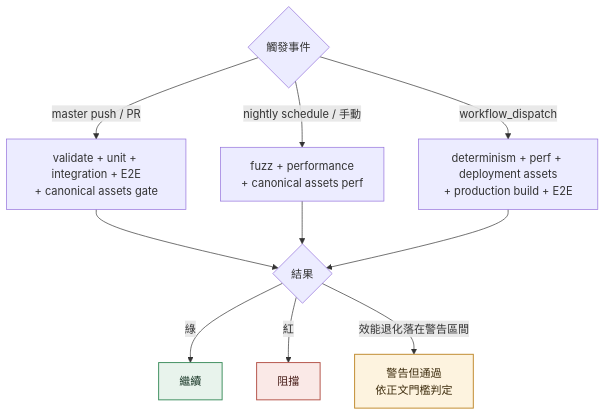
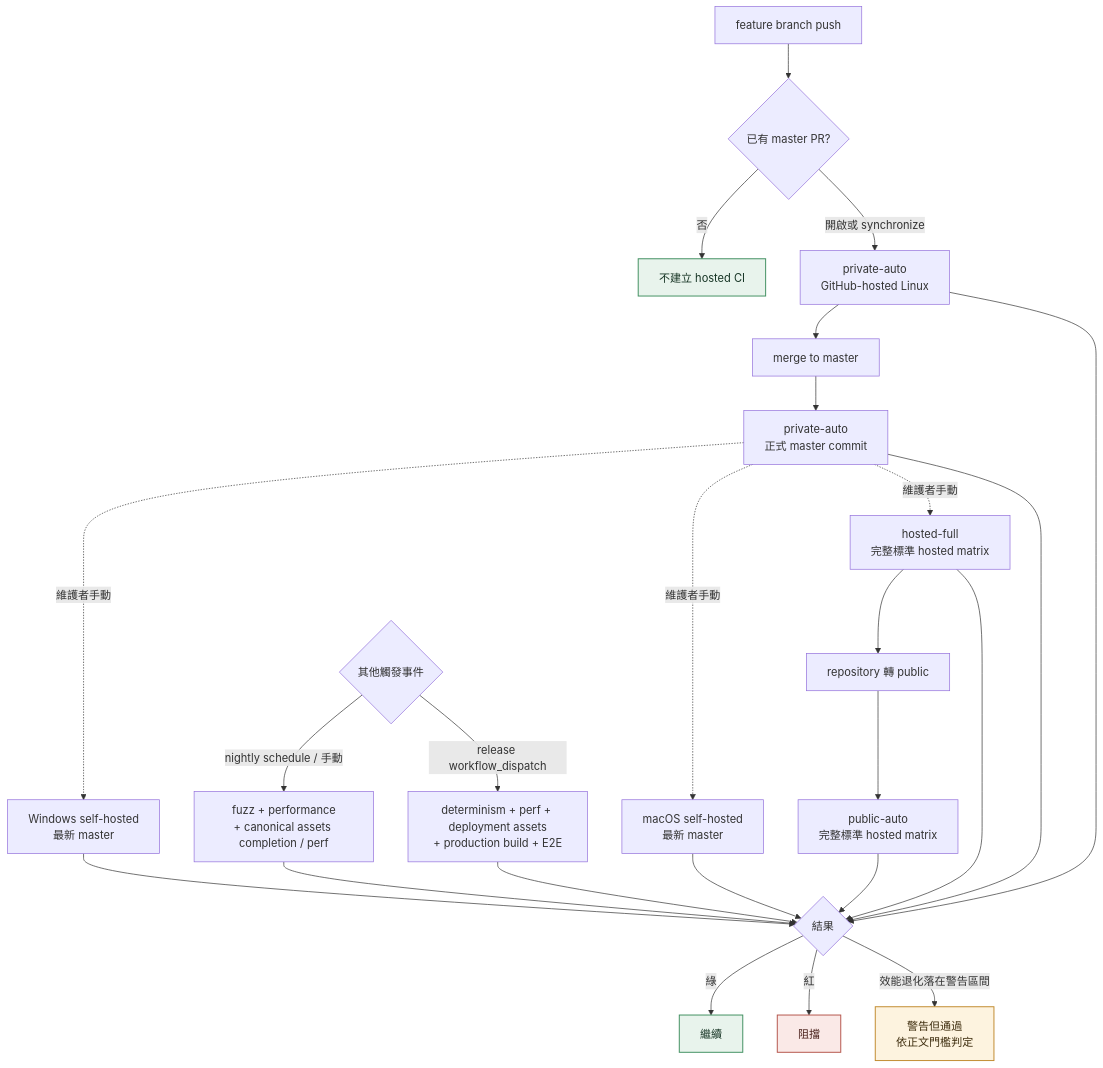
Before and after one commit to xjustloveux/open-4wd-specs: the second of 10 diagrams in 程式架構/程式流程/testing.md, drawn with Mermaid. The commit also changed other lines of this file and 12 other files, not shown here.

````diff
--- a/程式架構/程式流程/testing.md
+++ b/程式架構/程式流程/testing.md
@@ -44,23 +44,39 @@
 ```mermaid
 flowchart TD
-    Event{觸發事件}
+    Branch[feature branch push] --> Open{已有 master PR?}
+    Open -->|否| NoCI[不建立 hosted CI]
+    Open -->|開啟或 synchronize| Private[private-auto<br/>GitHub-hosted Linux]
+    Private --> Merge[merge to master]
+    Merge --> Master[private-auto<br/>正式 master commit]
 
-    Event -->|master push / PR| CI[validate + unit + integration + E2E<br/>+ canonical assets gate]
-    Event -->|nightly schedule / 手動| Night[fuzz + performance<br/>+ canonical assets perf]
-    Event -->|workflow_dispatch| Release[determinism + perf + deployment assets<br/>+ production build + E2E]
+    Master -.維護者手動.-> Windows[Windows self-hosted<br/>最新 master]
+    Master -.維護者手動.-> Mac[macOS self-hosted<br/>最新 master]
+    Master -.維護者手動.-> Hosted[hosted-full<br/>完整標準 hosted matrix]
+    Hosted --> Public[repository 轉 public]
+    Public --> PublicAuto[public-auto<br/>完整標準 hosted matrix]
 
-    CI --> Result{結果}
+    PublicAuto --> Result{結果}
+    Private --> Result
+    Master --> Result
+    Windows --> Result
+    Mac --> Result
+    Hosted --> Result
+
+    Event{其他觸發事件}
+    Event -->|nightly schedule / 手動| Night[fuzz + performance<br/>+ canonical assets completion / perf]
+    Event -->|release workflow_dispatch| Release[determinism + perf + deployment assets<br/>+ production build + E2E]
     Night --> Result
     Release --> Result
 
     Result -->|綠| Pass[繼續]
     Result -->|紅| Block[阻擋]
     Result -->|效能退化落在警告區間| Warn[警告但通過<br/>依正文門檻判定]
 
     classDef local fill:#e8f3ec,stroke:#3f8f5f,stroke-width:1.4px,color:#173525;
     classDef consensus fill:#fdf3df,stroke:#c08a2d,stroke-width:1.4px,color:#3d2c0d;
     classDef fail fill:#fae9e7,stroke:#b4544a,stroke-width:1.4px,color:#471d18;
+    class NoCI local
     class Pass local
     class Warn consensus
     class Block fail
 ```
````
